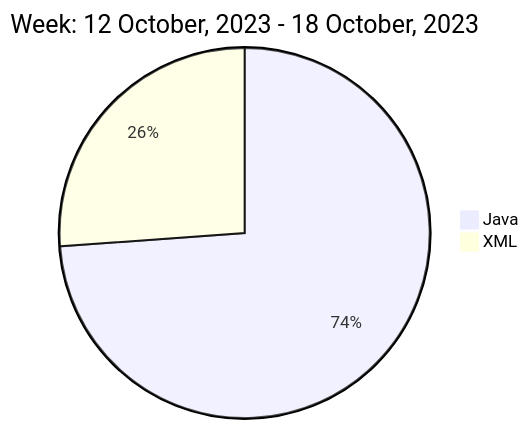
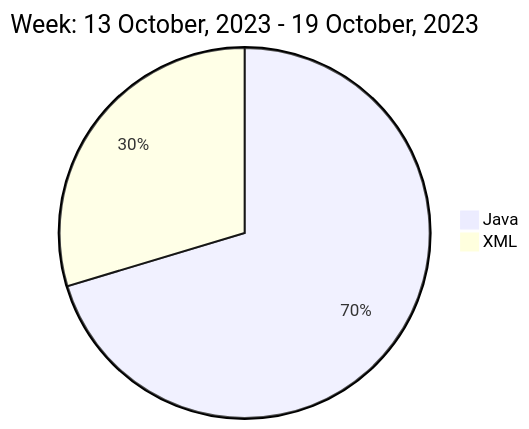
Before and after one commit to liubin95/liubin95: the diagram in README.md, drawn with Mermaid.

Commit message:
Updated the Graph with new Metrics

````diff
--- a/README.md
+++ b/README.md
@@ -40,6 +40,6 @@
 ```mermaid
  pie
-title Week: 12 October, 2023 - 18 October, 2023
- "Java" : 3.05
- "XML" : 1.08
+title Week: 13 October, 2023 - 19 October, 2023
+ "Java" : 3.68
+ "XML" : 1.55
 ```
````
